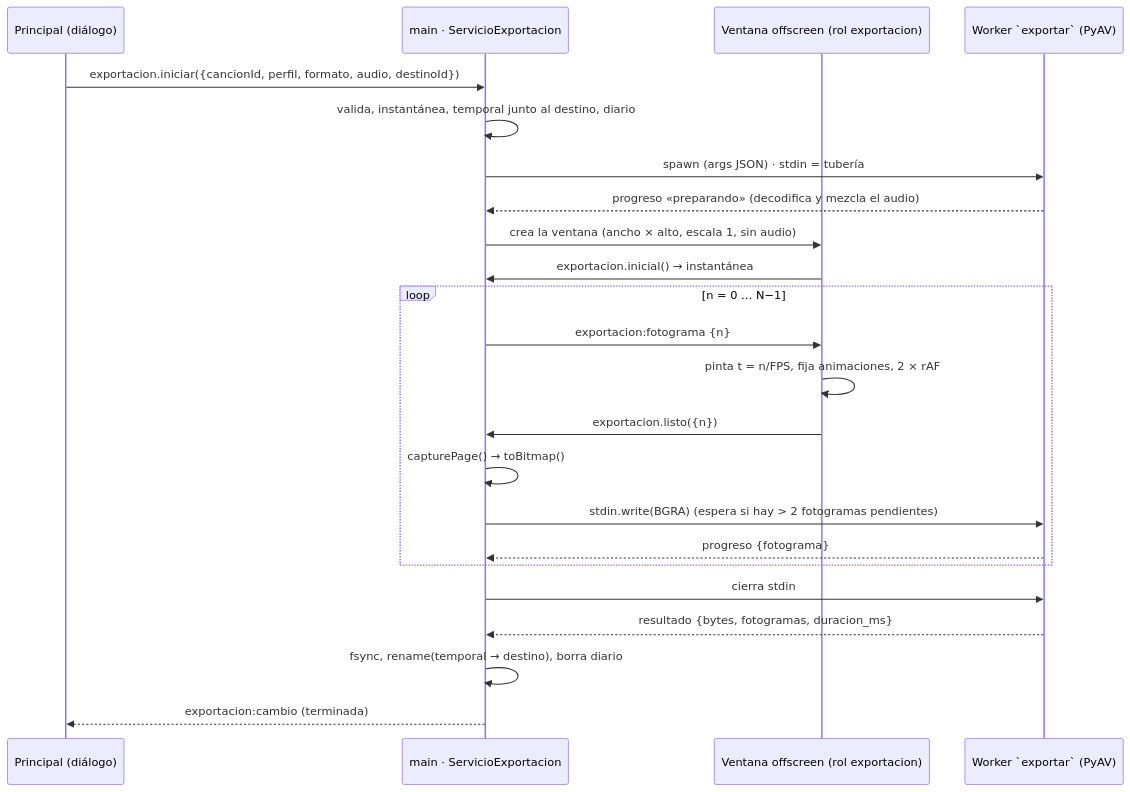
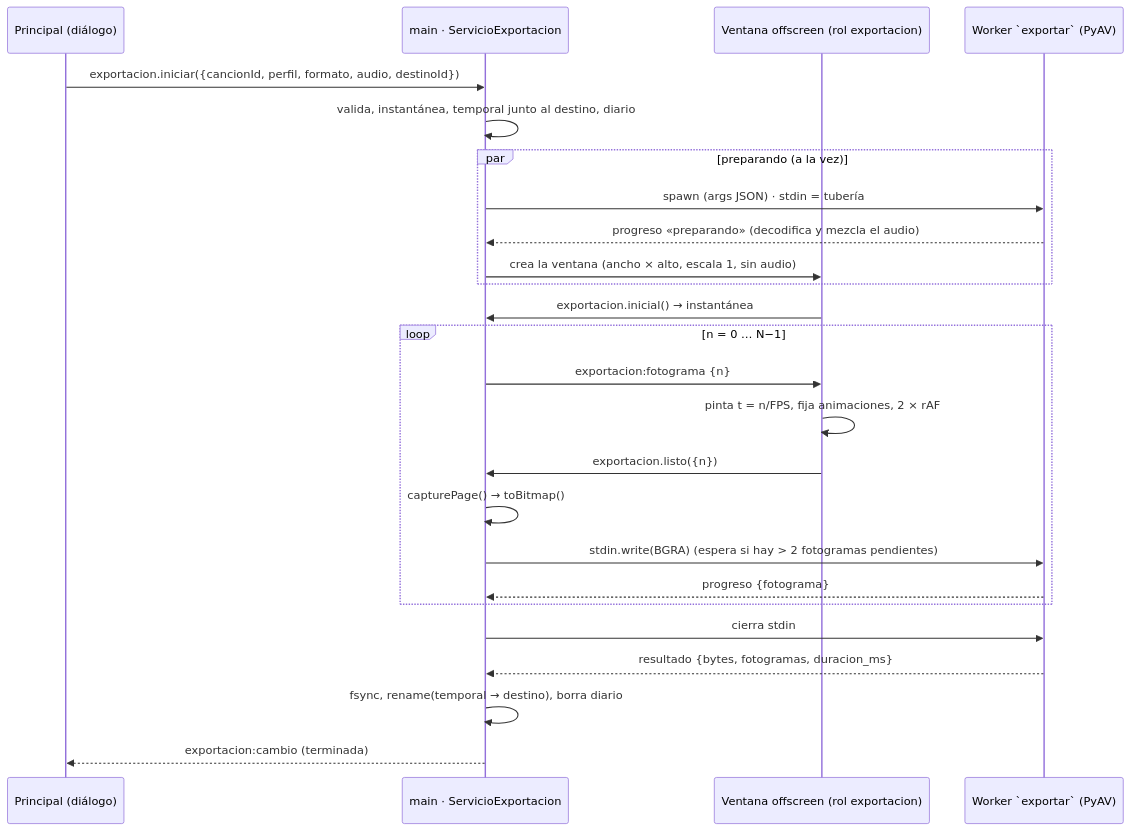
Before and after one commit to Gomonsoft/shinobidocs: the diagram in adr/0019-exportacion-de-video-render-por-fotograma-y-worker-pyav.md, drawn with Mermaid. The commit also changed other lines of this file and 6 other files, not shown here.

````diff
--- a/adr/0019-exportacion-de-video-render-por-fotograma-y-worker-pyav.md
+++ b/adr/0019-exportacion-de-video-render-por-fotograma-y-worker-pyav.md
@@ -158,25 +158,27 @@
 ```mermaid
 sequenceDiagram
     participant UI as Principal (diálogo)
     participant M as main · ServicioExportacion
     participant V as Ventana offscreen (rol exportacion)
     participant W as Worker `exportar` (PyAV)
     UI->>M: exportacion.iniciar({cancionId, perfil, formato, audio, destinoId})
     M->>M: valida, instantánea, temporal junto al destino, diario
-    M->>W: spawn (args JSON) · stdin = tubería
-    W-->>M: progreso «preparando» (decodifica y mezcla el audio)
-    M->>V: crea la ventana (ancho × alto, escala 1, sin audio)
+    par preparando (a la vez)
+        M->>W: spawn (args JSON) · stdin = tubería
+        W-->>M: progreso «preparando» (decodifica y mezcla el audio)
+        M->>V: crea la ventana (ancho × alto, escala 1, sin audio)
+    end
     V->>M: exportacion.inicial() → instantánea
     loop n = 0 … N−1
         M->>V: exportacion:fotograma {n}
         V->>V: pinta t = n/FPS, fija animaciones, 2 × rAF
         V->>M: exportacion.listo({n})
         M->>M: capturePage() → toBitmap()
         M->>W: stdin.write(BGRA) (espera si hay > 2 fotogramas pendientes)
         W-->>M: progreso {fotograma}
     end
     M->>W: cierra stdin
     W-->>M: resultado {bytes, fotogramas, duracion_ms}
     M->>M: fsync, rename(temporal → destino), borra diario
     M-->>UI: exportacion:cambio (terminada)
 ```
````
